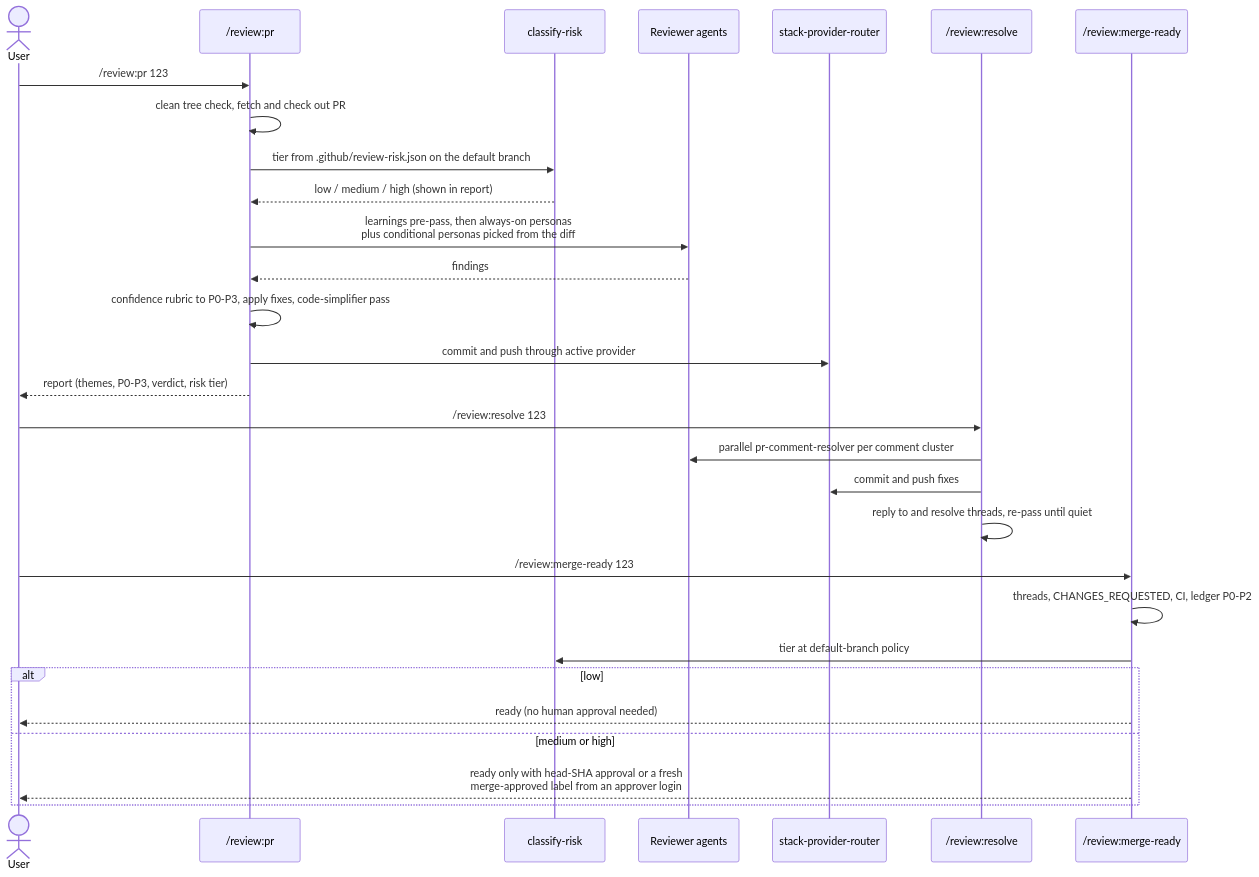
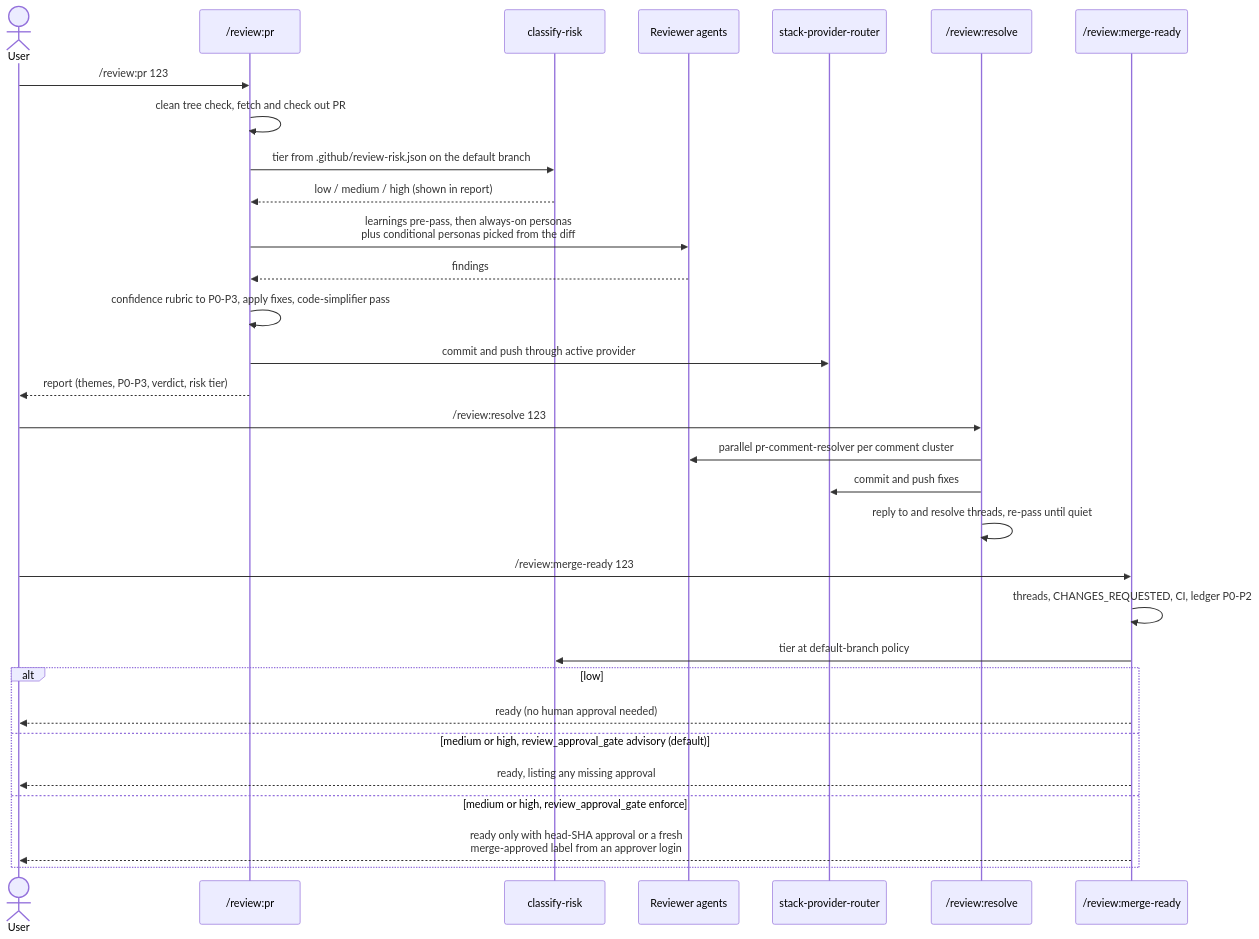
Before and after one commit to KingInYellows/yellow-plugins: the sixth of 8 diagrams in docs/workflow-diagrams.md, drawn with Mermaid. The commit also changed other lines of this file and 1 other file, not shown here.

First line of the commit message:
docs: fix push-hook, merge-gate and command-name details in diagrams

````diff
--- a/docs/workflow-diagrams.md
+++ b/docs/workflow-diagrams.md
@@ -182,31 +186,33 @@
 ```mermaid
 sequenceDiagram
   actor User
   participant PR as /review:pr
   participant Risk as classify-risk
   participant Agents as Reviewer agents
   participant Router as stack-provider-router
   participant Resolve as /review:resolve
   participant Gate as /review:merge-ready
   User->>PR: /review:pr 123
   PR->>PR: clean tree check, fetch and check out PR
   PR->>Risk: tier from .github/review-risk.json on the default branch
   Risk-->>PR: low / medium / high (shown in report)
   PR->>Agents: learnings pre-pass, then always-on personas<br/>plus conditional personas picked from the diff
   Agents-->>PR: findings
   PR->>PR: confidence rubric to P0-P3, apply fixes, code-simplifier pass
   PR->>Router: commit and push through active provider
   PR-->>User: report (themes, P0-P3, verdict, risk tier)
   User->>Resolve: /review:resolve 123
   Resolve->>Agents: parallel pr-comment-resolver per comment cluster
   Resolve->>Router: commit and push fixes
   Resolve->>Resolve: reply to and resolve threads, re-pass until quiet
   User->>Gate: /review:merge-ready 123
   Gate->>Gate: threads, CHANGES_REQUESTED, CI, ledger P0-P2
   Gate->>Risk: tier at default-branch policy
   alt low
     Gate-->>User: ready (no human approval needed)
-  else medium or high
+  else medium or high, review_approval_gate advisory (default)
+    Gate-->>User: ready, listing any missing approval
+  else medium or high, review_approval_gate enforce
     Gate-->>User: ready only with head-SHA approval or a fresh<br/>merge-approved label from an approver login
   end
 ```
````
